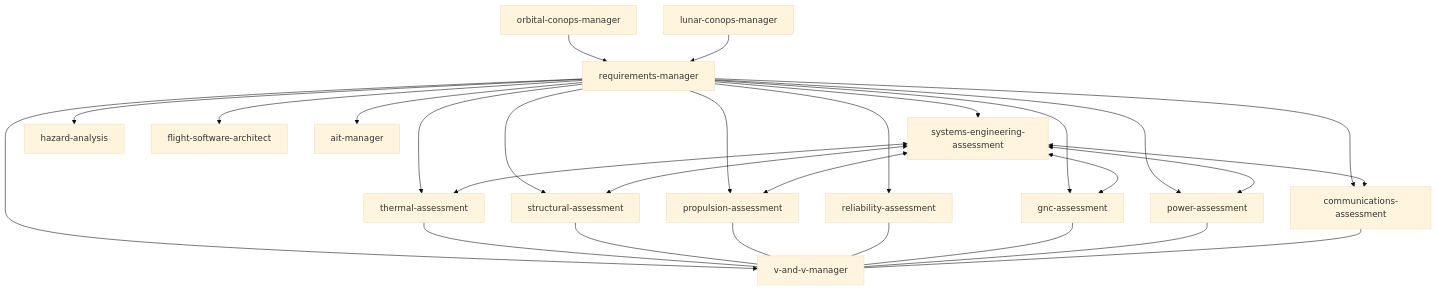
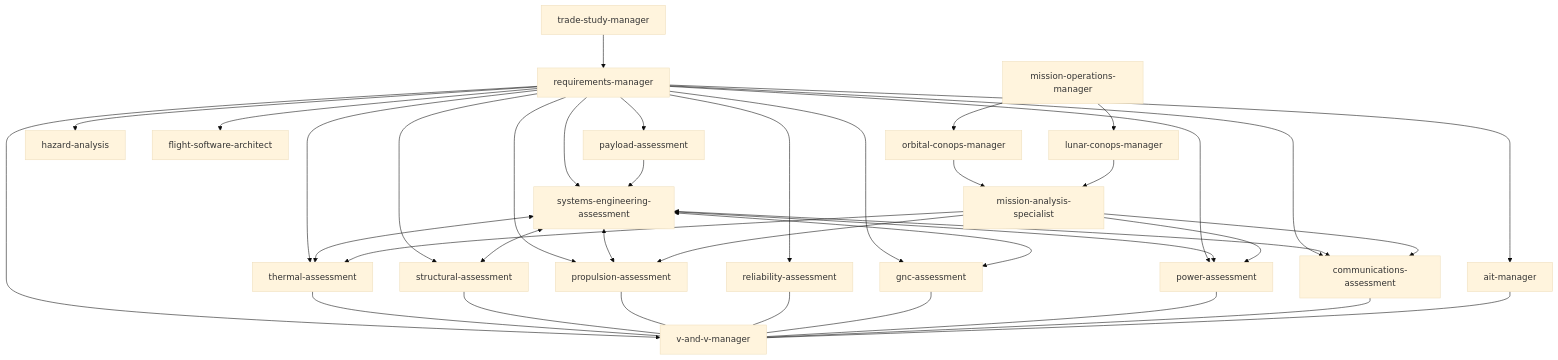
Before and after one commit to LunCoSim/space-engineering-skills: the diagram in README.md, drawn with Mermaid (base theme). The commit also changed other lines of this file and 22 other files, not shown here.

Commit message:
feat: introduce `CONVENTIONS.md`, add `payload-assessment` and `trade-study-manager` skills, and refine existing skill documentation and dependencies.

````diff
--- a/README.md
+++ b/README.md
@@ -27,33 +36,44 @@
 ```mermaid
 graph TD
-    RM[requirements-manager] --> SE[systems-engineering-assessment]
+    TS[trade-study-manager] --> RM[requirements-manager]
+    RM --> SE[systems-engineering-assessment]
     RM --> VV[v-and-v-manager]
+    RM --> PL[payload-assessment]
     RM --> TA[thermal-assessment]
     RM --> SA[structural-assessment]
     RM --> PA[propulsion-assessment]
     RM --> RA[reliability-assessment]
     RM --> HA[hazard-analysis]
     RM --> GNC[gnc-assessment]
     RM --> EPS[power-assessment]
     RM --> COM[communications-assessment]
     RM --> FSW[flight-software-architect]
     RM --> AIT[ait-manager]
-    
+
+    PL --> SE
     SE <--> TA
     SE <--> SA
     SE <--> PA
     SE <--> GNC
     SE <--> EPS
     SE <--> COM
-    
+
+    MAS[mission-analysis-specialist] --> PA
+    MAS --> EPS
+    MAS --> TA
+    MAS --> COM
+
     TA --- VV
     SA --- VV
     PA --- VV
     RA --- VV
     GNC --- VV
     EPS --- VV
     COM --- VV
-    
-    OC[orbital-conops-manager] --> RM
-    LC[lunar-conops-manager] --> RM
+    AIT --- VV
+
+    OC[orbital-conops-manager] --> MAS
+    LC[lunar-conops-manager] --> MAS
+    MOM[mission-operations-manager] --> OC
+    MOM --> LC
 ```
````
